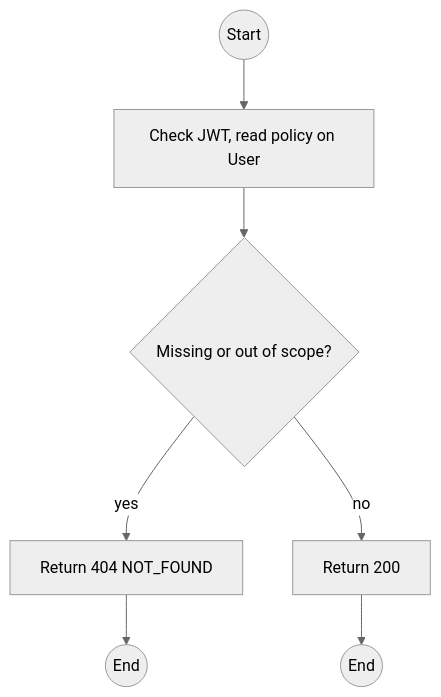
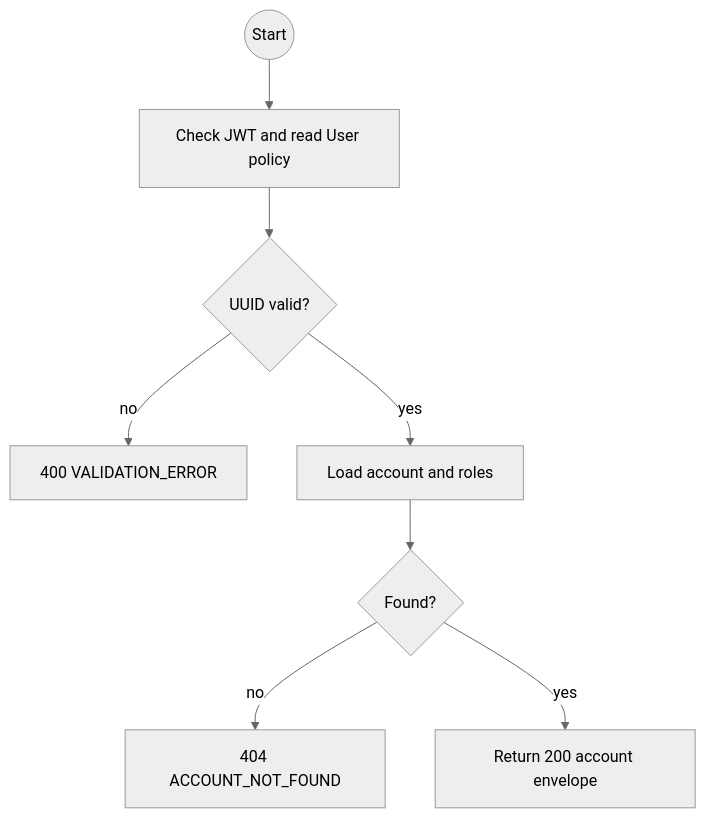
The first of 2 diagrams in specs/auth/api-design/12-get-users-detail.md (TrekLink-Team/treklink-web), drawn with Mermaid (neutral theme) before and after one commit. The commit also changed other lines of this file and 13 other files, not shown here.

````diff
--- a/specs/auth/api-design/12-get-users-detail.md
+++ b/specs/auth/api-design/12-get-users-detail.md
@@ -122,14 +76,10 @@
 ```mermaid
 flowchart TB
-    S((Start))
-    A1["Check JWT, read policy on User"]
-    S --> A1
-    D2{"Missing or out of scope?"}
-    A1 --> D2
-    E2["Return 404 NOT_FOUND"]
-    D2 -->|yes| E2
-    E2 --> X2((End))
-    OK["Return 200"]
-    D2 -->|no| OK
-    OK --> Z((End))
+    S((Start)) --> G[Check JWT and read User policy]
+    G --> V{UUID valid?}
+    V -->|no| E1[400 VALIDATION_ERROR]
+    V -->|yes| F[Load account and roles]
+    F --> X{Found?}
+    X -->|no| E2[404 ACCOUNT_NOT_FOUND]
+    X -->|yes| O[Return 200 account envelope]
 ```
````
